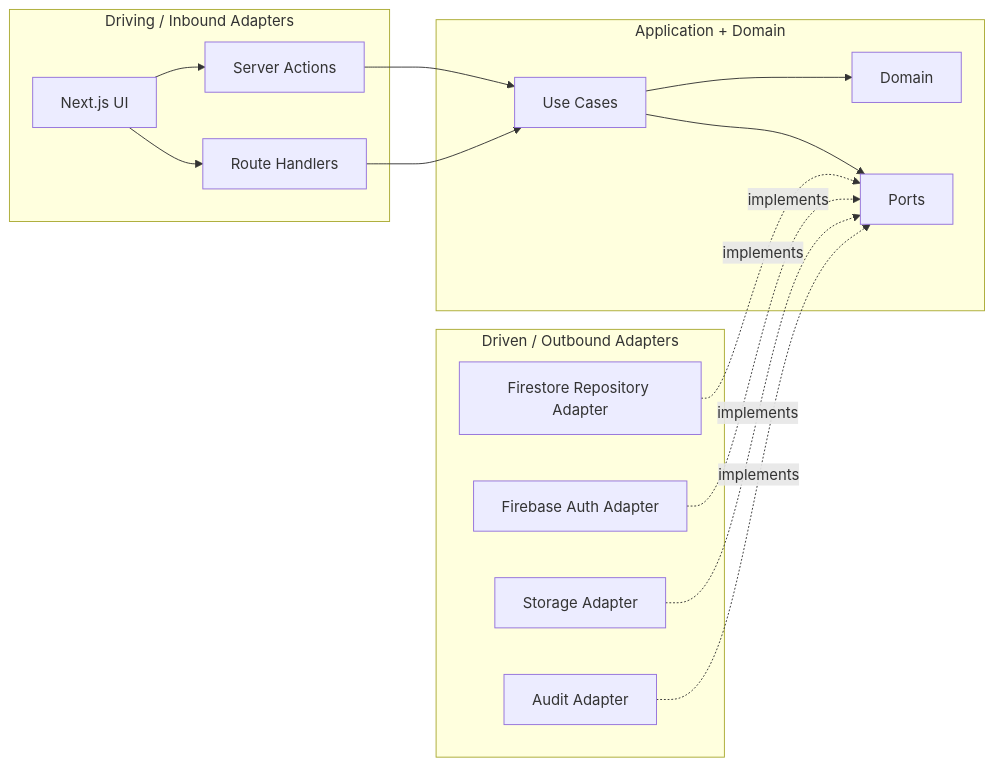
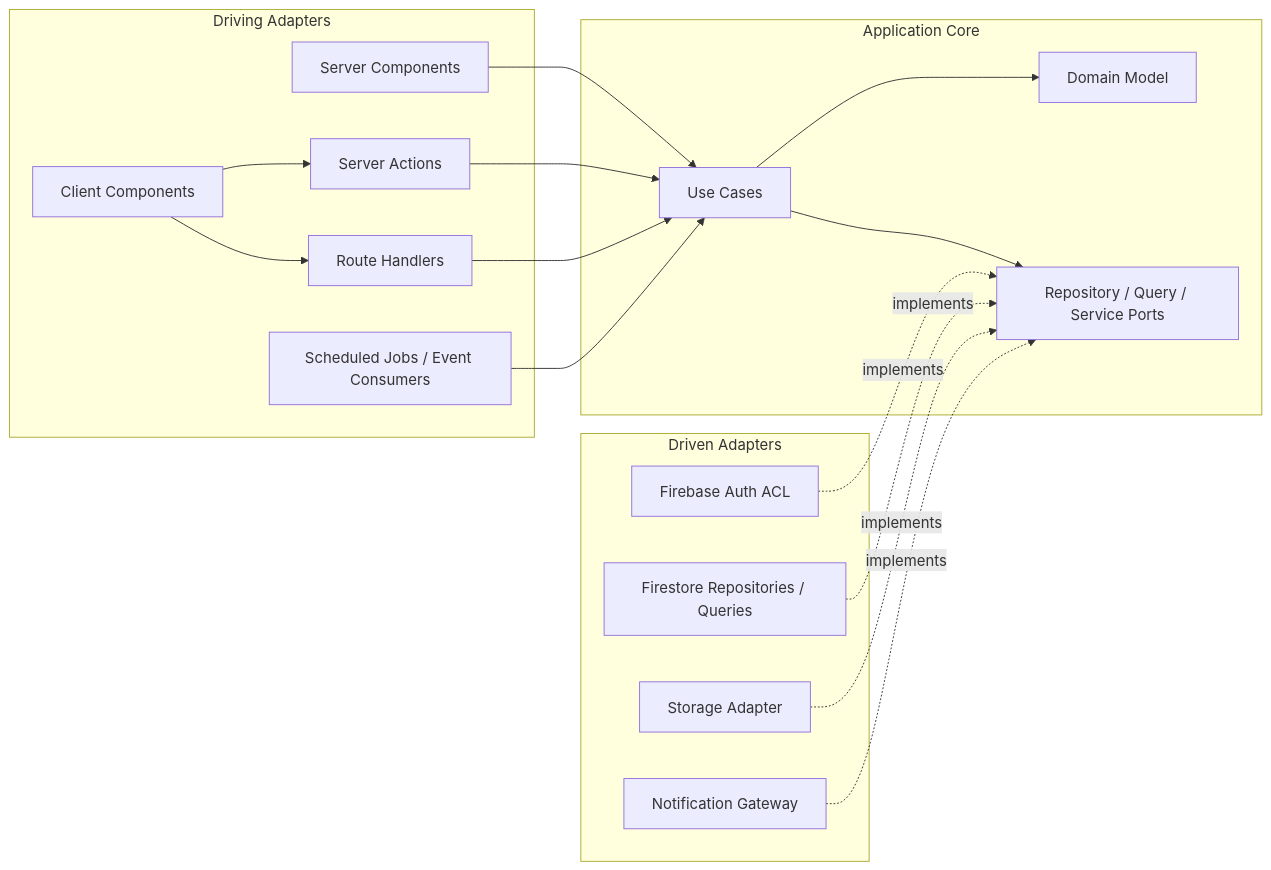
Before and after one commit to 369sup/worksync-hr: the diagram in docs/01-architecture/hexagonal-architecture.md, drawn with Mermaid. The commit also changed other lines of this file and 40 other files, not shown here.

Commit message:
Refactor leave workflow architecture and UI

````diff
--- a/docs/01-architecture/hexagonal-architecture.md
+++ b/docs/01-architecture/hexagonal-architecture.md
@@ -7,32 +4,33 @@
 ```mermaid
 flowchart LR
-  subgraph Driving[Driving / Inbound Adapters]
-    UI[Next.js UI]
-    SA[Server Actions]
-    RH[Route Handlers]
+  subgraph Driving["Driving Adapters"]
+    SC["Server Components"]
+    CC["Client Components"]
+    SA["Server Actions"]
+    RH["Route Handlers"]
+    JOB["Scheduled Jobs / Event Consumers"]
   end
-
-  subgraph Core[Application + Domain]
-    UC[Use Cases]
-    DOM[Domain]
-    PORTS[Ports]
+  subgraph Core["Application Core"]
+    UC["Use Cases"]
+    DOM["Domain Model"]
+    PORT["Repository / Query / Service Ports"]
   end
-
-  subgraph Driven[Driven / Outbound Adapters]
-    REP[Firestore Repository Adapter]
-    AUTH[Firebase Auth Adapter]
-    ST[Storage Adapter]
-    AUD[Audit Adapter]
+  subgraph Driven["Driven Adapters"]
+    AUTH["Firebase Auth ACL"]
+    FS["Firestore Repositories / Queries"]
+    ST["Storage Adapter"]
+    NOTI["Notification Gateway"]
   end
-
-  UI --> SA
-  UI --> RH
+  CC --> SA
+  CC --> RH
+  SC --> UC
   SA --> UC
   RH --> UC
+  JOB --> UC
   UC --> DOM
-  UC --> PORTS
-  REP -. implements .-> PORTS
-  AUTH -. implements .-> PORTS
-  ST -. implements .-> PORTS
-  AUD -. implements .-> PORTS
+  UC --> PORT
+  AUTH -.->|"implements"| PORT
+  FS -.->|"implements"| PORT
+  ST -.->|"implements"| PORT
+  NOTI -.->|"implements"| PORT
 ```
````
